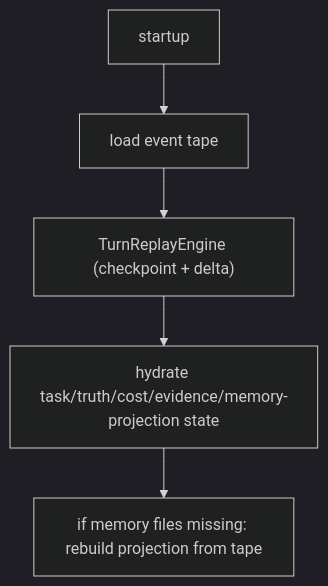
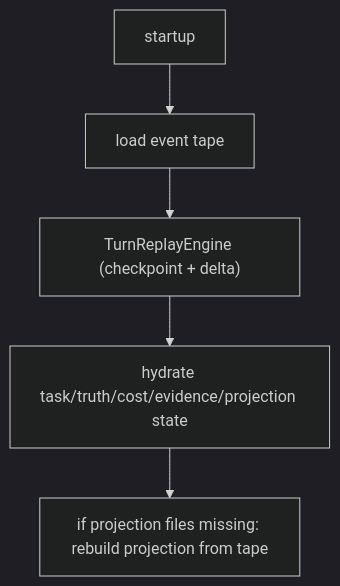
One commit to arcthur/brewva changed the fifth of 6 diagrams in docs/architecture/control-and-data-flow.md. Above: the diagram before and after it, drawn with Mermaid (dark theme). The commit also changed other lines of this file and 100 other files, not shown here.

````diff
--- a/docs/architecture/control-and-data-flow.md
+++ b/docs/architecture/control-and-data-flow.md
@@ -62,7 +62,7 @@
 ```mermaid
 flowchart TD
   A["startup"] --> B["load event tape"]
   B --> C["TurnReplayEngine (checkpoint + delta)"]
-  C --> D["hydrate task/truth/cost/evidence/memory-projection state"]
-  D --> E["if memory files missing: rebuild projection from tape"]
+  C --> D["hydrate task/truth/cost/evidence/projection state"]
+  D --> E["if projection files missing: rebuild projection from tape"]
 ```
````
